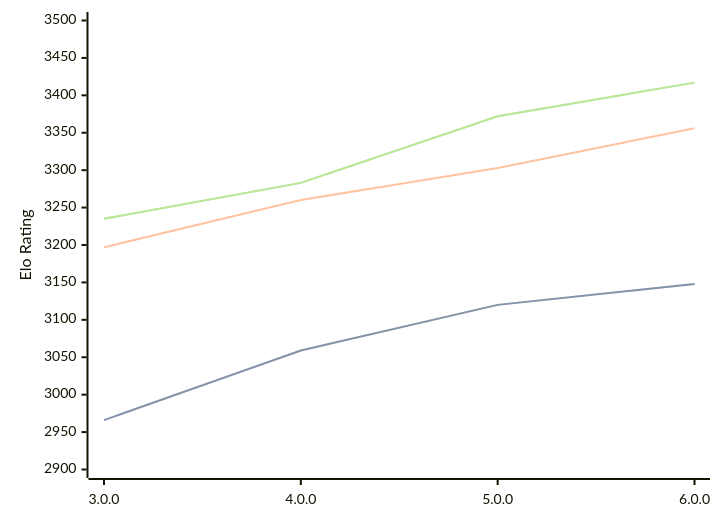
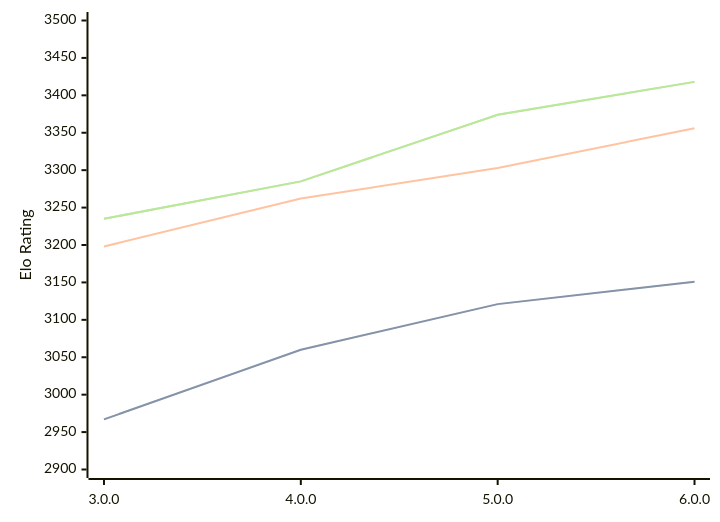
Before and after one commit to computer-chess-index/cci: the first of 3 diagrams in engines/Minke.md, drawn with Mermaid. The commit also changed other lines of this file, not shown here.

Commit message:
Update CCI Ratings (ELO VLTC) - 2026-07-02

````diff
--- a/engines/Minke.md
+++ b/engines/Minke.md
@@ -36,11 +36,11 @@
 ```mermaid
 %%{init: {"theme":"base","themeVariables":{"seriesColors:['#a3a3a3','#222221','#faa371']}}}%%
 xychart-beta
   x-axis ["3.0.0", "4.0.0", "5.0.0", "6.0.0"]
   y-axis "Elo Rating" 2900 --> 3500
-  line "STC (8.0+0.08s)" [2966, 3059, 3120, 3148]
-  line "STC (8.0+0.08s)" [2966, 3059, 3120, 3148]
-  line "LTC (60.0+0.60s)" [3197, 3260, 3303, 3356]
-  line "VLTC (2m24s+1.12s)" [3235, 3283, 3372, 3417]
-  line "VLTC (2m24s+1.12s)" [3235, 3283, 3372, 3417]
+  line "STC (8.0+0.08s)" [2967, 3060, 3121, 3151]
+  line "STC (8.0+0.08s)" [2967, 3060, 3121, 3151]
+  line "LTC (60.0+0.60s)" [3198, 3262, 3303, 3356]
+  line "VLTC (2m24s+1.12s)" [3235, 3285, 3374, 3418]
+  line "VLTC (2m24s+1.12s)" [3235, 3285, 3374, 3418]
 ```
````
